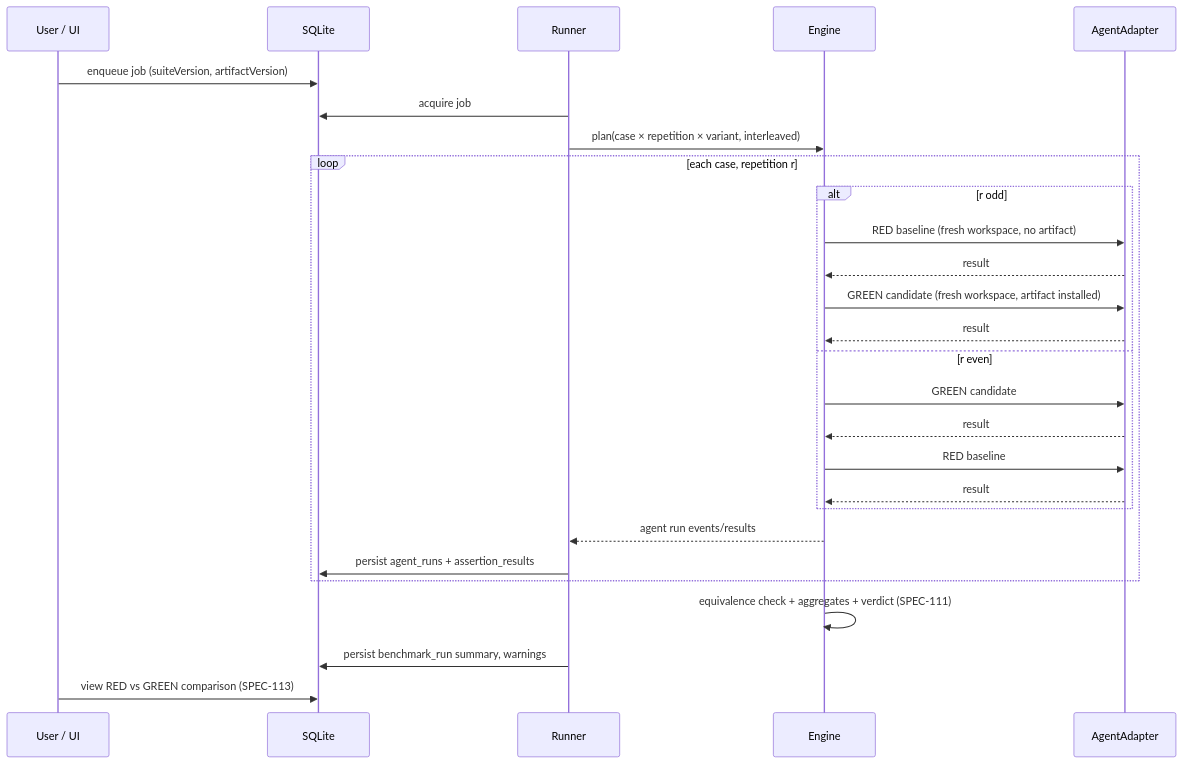
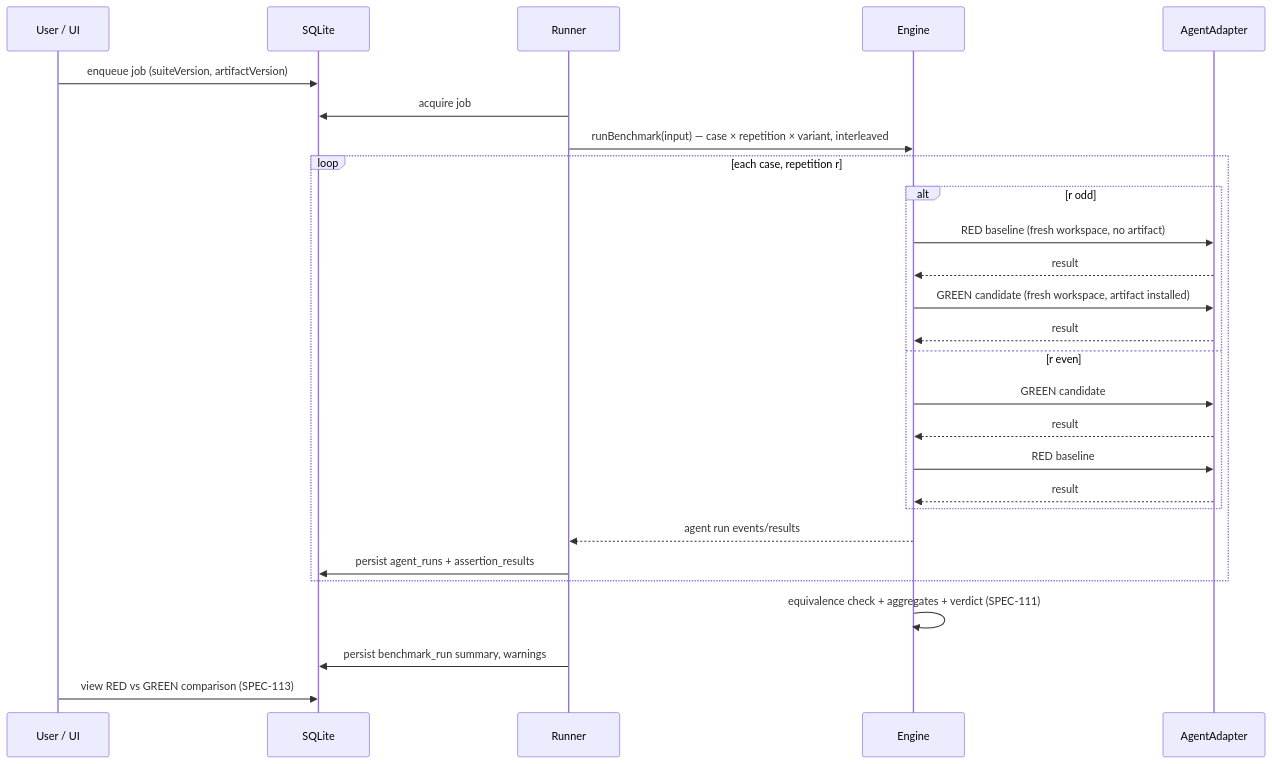
Before and after one commit to MetaX5/DirectiveBench: the diagram in .ai/specs/2026-10-14-red-green-evaluation.md, drawn with Mermaid. The commit also changed other lines of this file and 20 other files, not shown here.

````diff
--- a/.ai/specs/2026-10-14-red-green-evaluation.md
+++ b/.ai/specs/2026-10-14-red-green-evaluation.md
@@ -107,29 +113,29 @@
 ```mermaid
 sequenceDiagram
   participant U as User / UI
   participant DB as SQLite
   participant R as Runner
   participant E as Engine
   participant A as AgentAdapter
   U->>DB: enqueue job (suiteVersion, artifactVersion)
   R->>DB: acquire job
-  R->>E: plan(case × repetition × variant, interleaved)
+  R->>E: runBenchmark(input) — case × repetition × variant, interleaved
   loop each case, repetition r
     alt r odd
       E->>A: RED baseline (fresh workspace, no artifact)
       A-->>E: result
       E->>A: GREEN candidate (fresh workspace, artifact installed)
       A-->>E: result
     else r even
       E->>A: GREEN candidate
       A-->>E: result
       E->>A: RED baseline
       A-->>E: result
     end
     E-->>R: agent run events/results
     R->>DB: persist agent_runs + assertion_results
   end
   E->>E: equivalence check + aggregates + verdict (SPEC-111)
   R->>DB: persist benchmark_run summary, warnings
   U->>DB: view RED vs GREEN comparison (SPEC-113)
 ```
````
